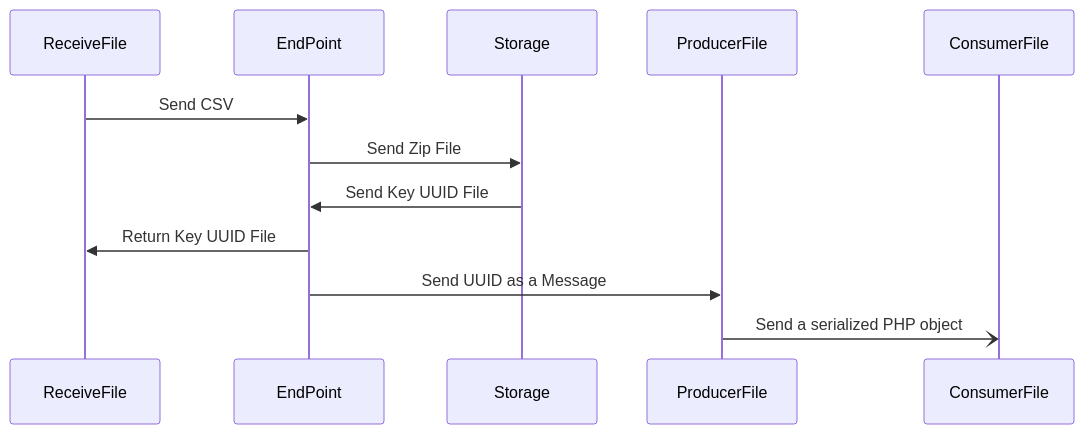
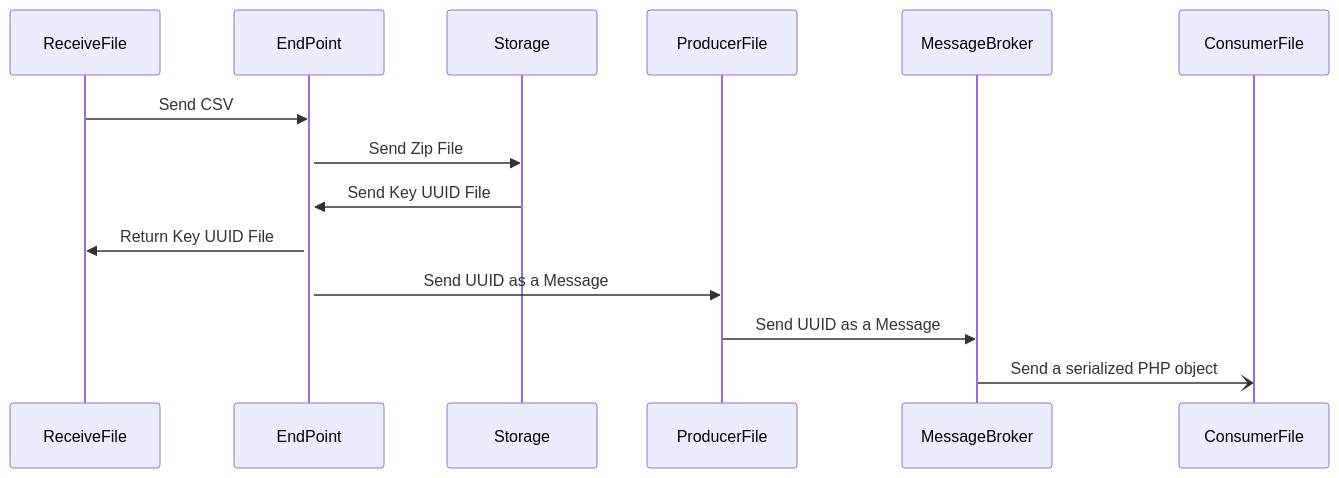
The diagram in README.md (fatorx/app-billing), drawn with Mermaid before and after one commit.

Commit message:
fix: diagram in readme

`````diff
--- a/README.md
+++ b/README.md
@@ -18,9 +18,11 @@
 ```mermaid
     sequenceDiagram
-    ReceiveFile ->> EndPoint: Send CSV
+    ReceiveFile->>EndPoint: Send CSV
+    activate EndPoint
     EndPoint ->> Storage: Send Zip File
     Storage ->> EndPoint: Send Key UUID File
     EndPoint ->> ReceiveFile: Return Key UUID File
     EndPoint ->> ProducerFile: Send UUID as a Message
-    ProducerFile -) ConsumerFile: Send a serialized PHP object
+    ProducerFile ->> MessageBroker: Send UUID as a Message
+    MessageBroker -) ConsumerFile: Send a serialized PHP object
 ````
`````
